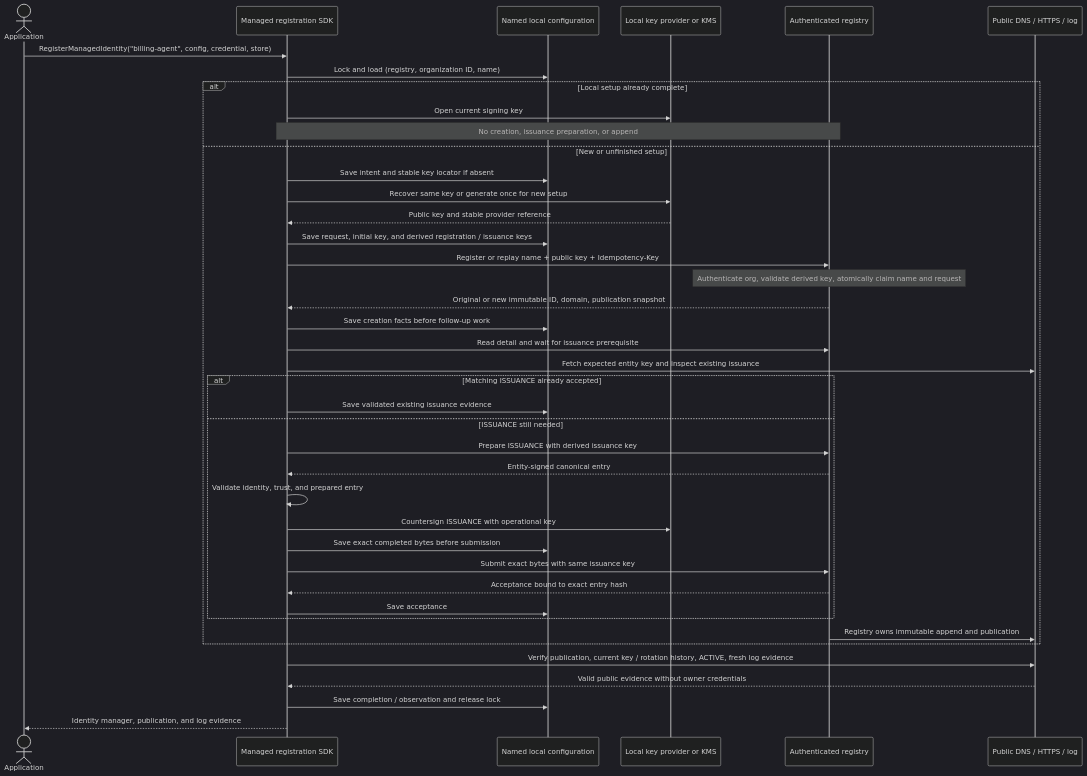
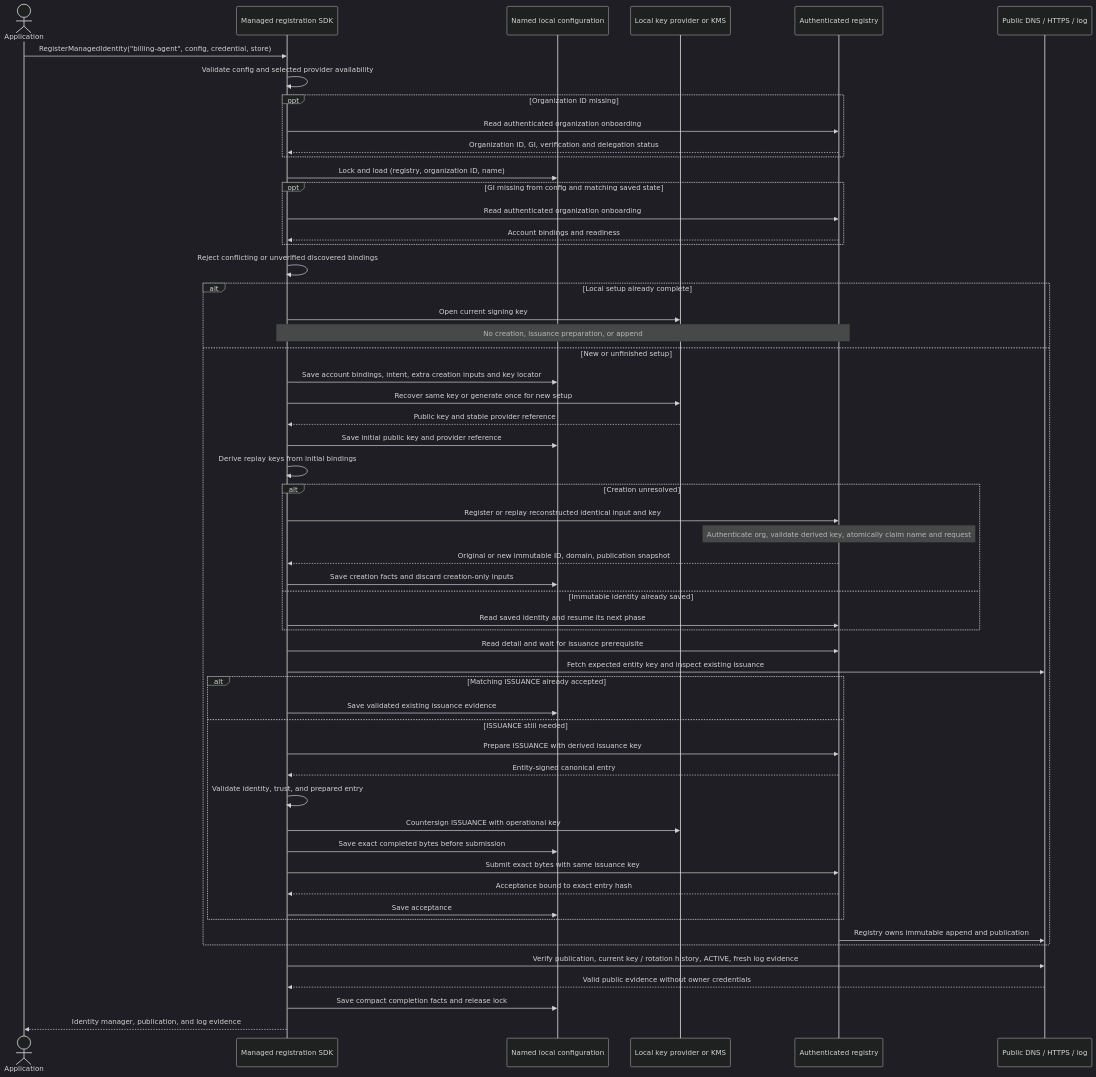
One commit to dnsid-ai/dnsid-sdk-compliance changed the diagram in docs/managed-registration-server-requirements.md. Above: the diagram before and after it, drawn with Mermaid (dark theme). The commit also changed other lines of this file and 3 other files, not shown here.

Commit message:
docs: reconcile account discovery key providers and recovery state

````diff
--- a/docs/managed-registration-server-requirements.md
+++ b/docs/managed-registration-server-requirements.md
@@ -31,44 +33,59 @@
 ```mermaid
 sequenceDiagram
     actor App as Application
     participant SDK as Managed registration SDK
     participant State as Named local configuration
     participant Keys as Local key provider or KMS
     participant Registry as Authenticated registry
     participant Public as Public DNS / HTTPS / log
 
     App->>SDK: RegisterManagedIdentity("billing-agent", config, credential, store)
+    SDK->>SDK: Validate config and selected provider availability
+    opt Organization ID missing
+        SDK->>Registry: Read authenticated organization onboarding
+        Registry-->>SDK: Organization ID, GI, verification and delegation status
+    end
     SDK->>State: Lock and load (registry, organization ID, name)
+    opt GI missing from config and matching saved state
+        SDK->>Registry: Read authenticated organization onboarding
+        Registry-->>SDK: Account bindings and readiness
+    end
+    SDK->>SDK: Reject conflicting or unverified discovered bindings
     alt Local setup already complete
         SDK->>Keys: Open current signing key
         Note over SDK,Registry: No creation, issuance preparation, or append
     else New or unfinished setup
-        SDK->>State: Save intent and stable key locator if absent
+        SDK->>State: Save account bindings, intent, extra creation inputs and key locator
         SDK->>Keys: Recover same key or generate once for new setup
         Keys-->>SDK: Public key and stable provider reference
-        SDK->>State: Save request, initial key, and derived registration / issuance keys
-        SDK->>Registry: Register or replay name + public key + Idempotency-Key
-        Note over Registry: Authenticate org, validate derived key, atomically claim name and request
-        Registry-->>SDK: Original or new immutable ID, domain, publication snapshot
-        SDK->>State: Save creation facts before follow-up work
+        SDK->>State: Save initial public key and provider reference
+        SDK->>SDK: Derive replay keys from initial bindings
+        alt Creation unresolved
+            SDK->>Registry: Register or replay reconstructed identical input and key
+            Note over Registry: Authenticate org, validate derived key, atomically claim name and request
+            Registry-->>SDK: Original or new immutable ID, domain, publication snapshot
+            SDK->>State: Save creation facts and discard creation-only inputs
+        else Immutable identity already saved
+            SDK->>Registry: Read saved identity and resume its next phase
+        end
         SDK->>Registry: Read detail and wait for issuance prerequisite
         SDK->>Public: Fetch expected entity key and inspect existing issuance
         alt Matching ISSUANCE already accepted
             SDK->>State: Save validated existing issuance evidence
         else ISSUANCE still needed
             SDK->>Registry: Prepare ISSUANCE with derived issuance key
             Registry-->>SDK: Entity-signed canonical entry
             SDK->>SDK: Validate identity, trust, and prepared entry
             SDK->>Keys: Countersign ISSUANCE with operational key
             SDK->>State: Save exact completed bytes before submission
             SDK->>Registry: Submit exact bytes with same issuance key
             Registry-->>SDK: Acceptance bound to exact entry hash
             SDK->>State: Save acceptance
         end
         Registry->>Public: Registry owns immutable append and publication
     end
     SDK->>Public: Verify publication, current key / rotation history, ACTIVE, fresh log evidence
     Public-->>SDK: Valid public evidence without owner credentials
-    SDK->>State: Save completion / observation and release lock
+    SDK->>State: Save compact completion facts and release lock
     SDK-->>App: Identity manager, publication, and log evidence
 ```
````
